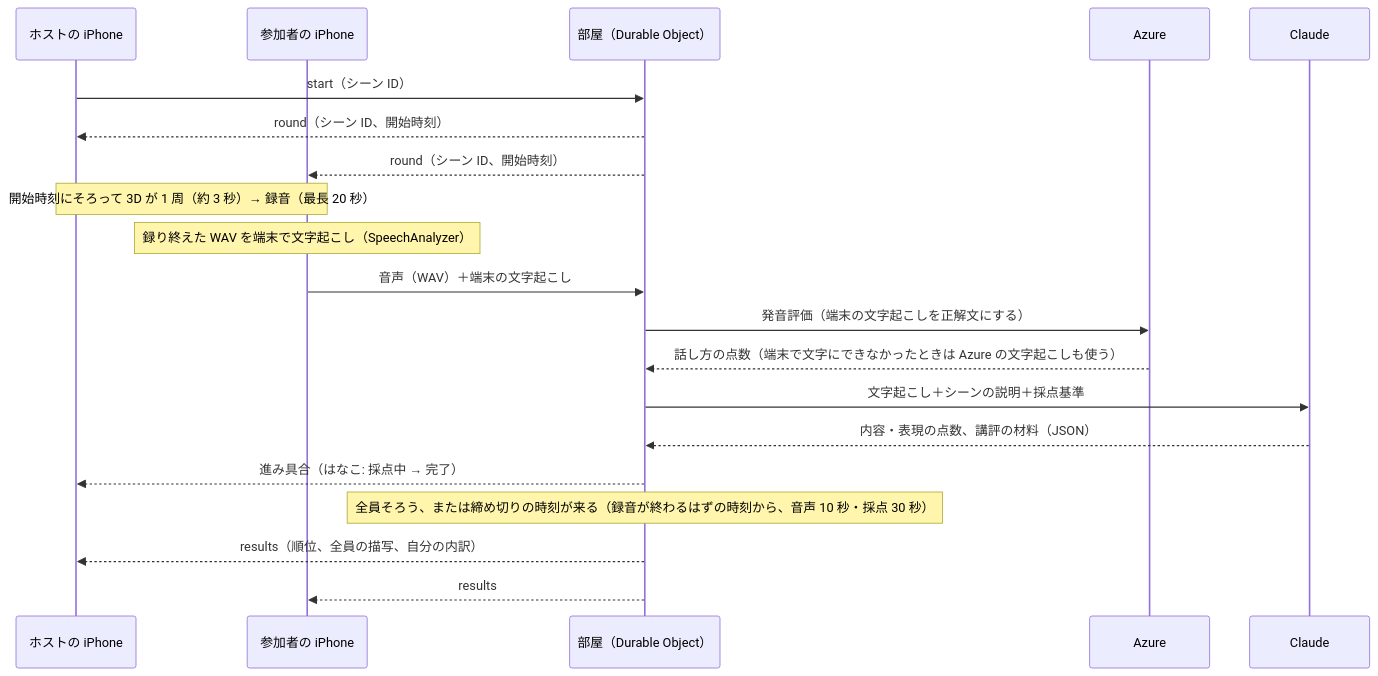
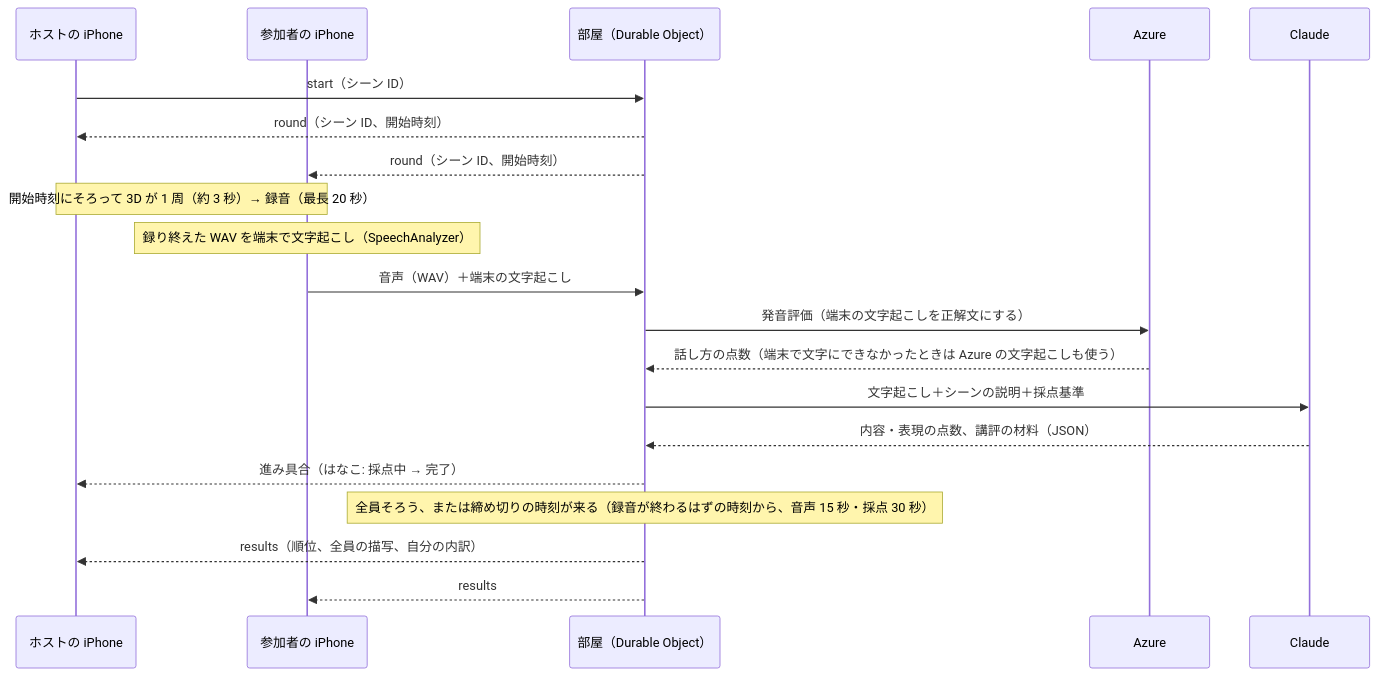
The second of 2 diagrams in docs/design/architecture.md (jphacks/ng_2622), drawn with Mermaid before and after one commit. The commit also changed other lines of this file and 8 other files, not shown here.

````diff
--- a/docs/design/architecture.md
+++ b/docs/design/architecture.md
@@ -34,22 +34,22 @@
 ```mermaid
 sequenceDiagram
   participant H as ホストの iPhone
   participant P as 参加者の iPhone
   participant R as 部屋（Durable Object）
   participant Az as Azure
   participant Cl as Claude
   H->>R: start（シーン ID）
   R-->>H: round（シーン ID、開始時刻）
   R-->>P: round（シーン ID、開始時刻）
   Note over H,P: 開始時刻にそろって 3D が 1 周（約 3 秒）→ 録音（最長 20 秒）
   Note over P: 録り終えた WAV を端末で文字起こし（SpeechAnalyzer）
   P->>R: 音声（WAV）＋端末の文字起こし
   R->>Az: 発音評価（端末の文字起こしを正解文にする）
   Az-->>R: 話し方の点数（端末で文字にできなかったときは Azure の文字起こしも使う）
   R->>Cl: 文字起こし＋シーンの説明＋採点基準
   Cl-->>R: 内容・表現の点数、講評の材料（JSON）
   R-->>H: 進み具合（はなこ: 採点中 → 完了）
-  Note over R: 全員そろう、または締め切りの時刻が来る（録音が終わるはずの時刻から、音声 10 秒・採点 30 秒）
+  Note over R: 全員そろう、または締め切りの時刻が来る（録音が終わるはずの時刻から、音声 15 秒・採点 30 秒）
   R-->>H: results（順位、全員の描写、自分の内訳）
   R-->>P: results
 ```
````
